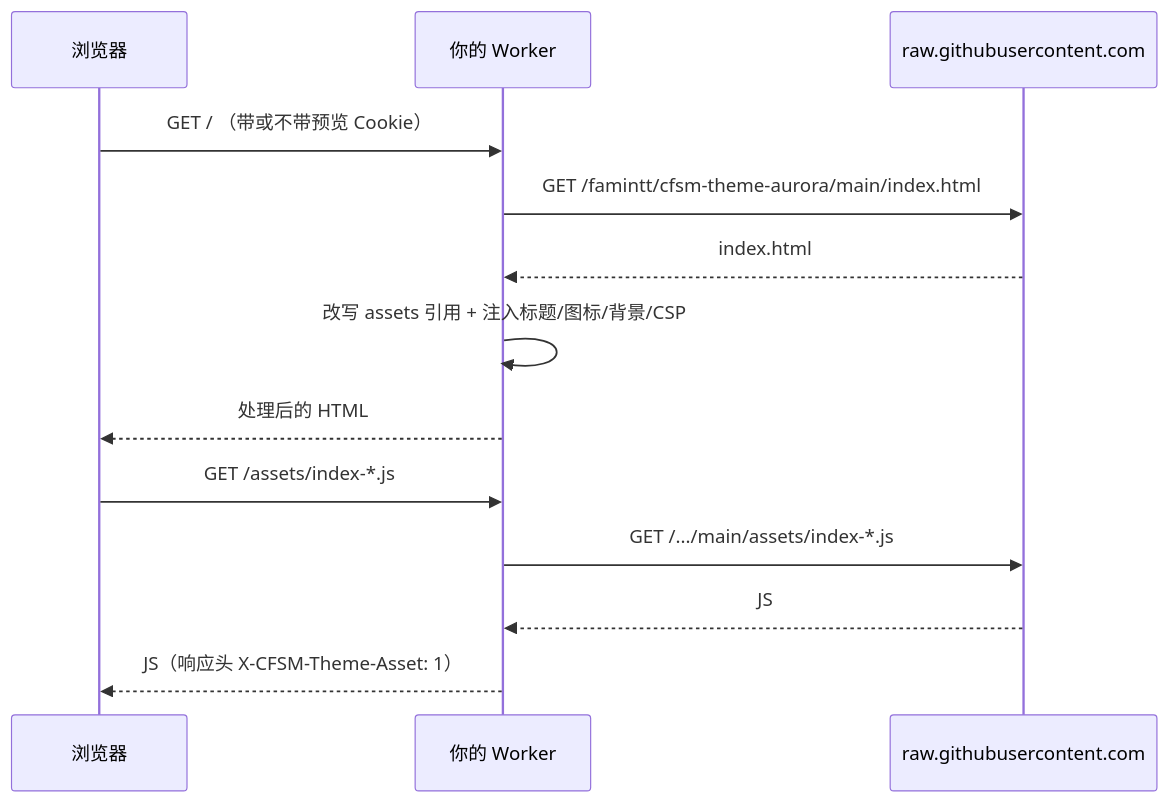
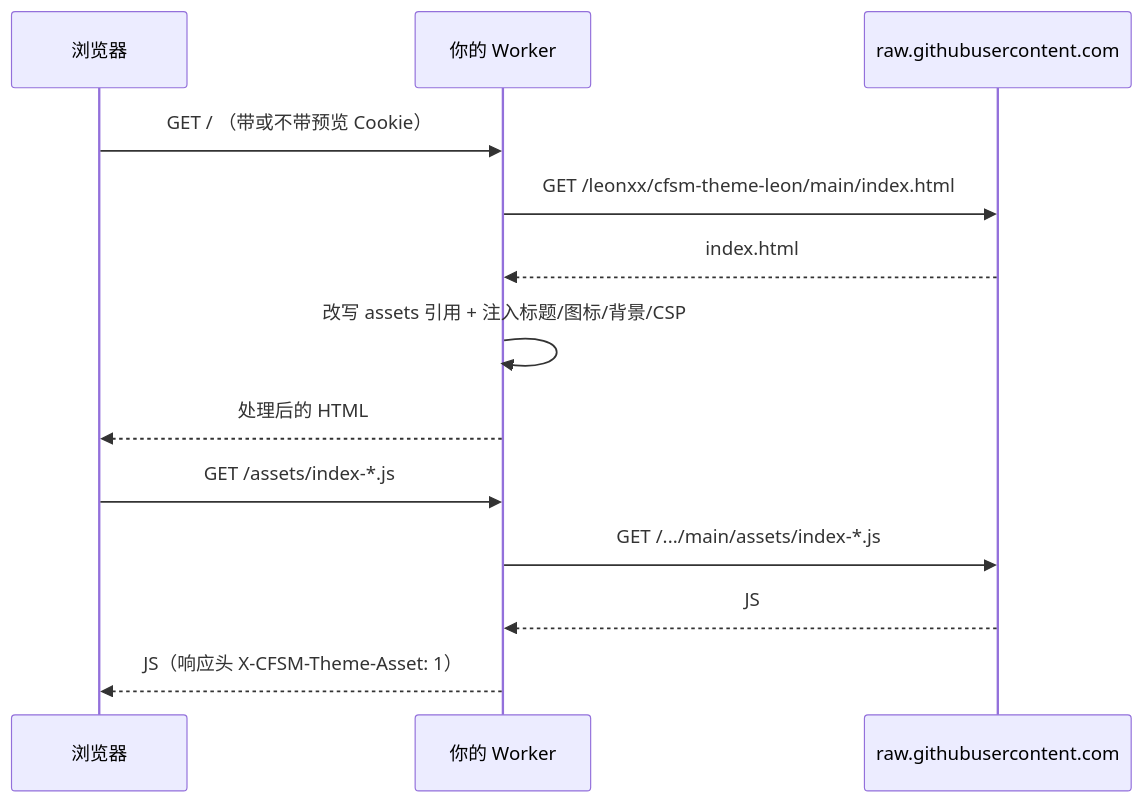
Before and after one commit to leonxx/cfsm-theme-leon: the diagram in README.md, drawn with Mermaid. The commit also changed other lines of this file and 14 other files, not shown here.

````diff
--- a/README.md
+++ b/README.md
@@ -296,15 +296,15 @@
 ```mermaid
 sequenceDiagram
     participant B as 浏览器
     participant W as 你的 Worker
     participant G as raw.githubusercontent.com
     B->>W: GET / （带或不带预览 Cookie）
-    W->>G: GET /famintt/cfsm-theme-aurora/main/index.html
+    W->>G: GET /leonxx/cfsm-theme-leon/main/index.html
     G-->>W: index.html
     W->>W: 改写 assets 引用 + 注入标题/图标/背景/CSP
     W-->>B: 处理后的 HTML
     B->>W: GET /assets/index-*.js
     W->>G: GET /.../main/assets/index-*.js
     G-->>W: JS
     W-->>B: JS（响应头 X-CFSM-Theme-Asset: 1）
 ```
````
